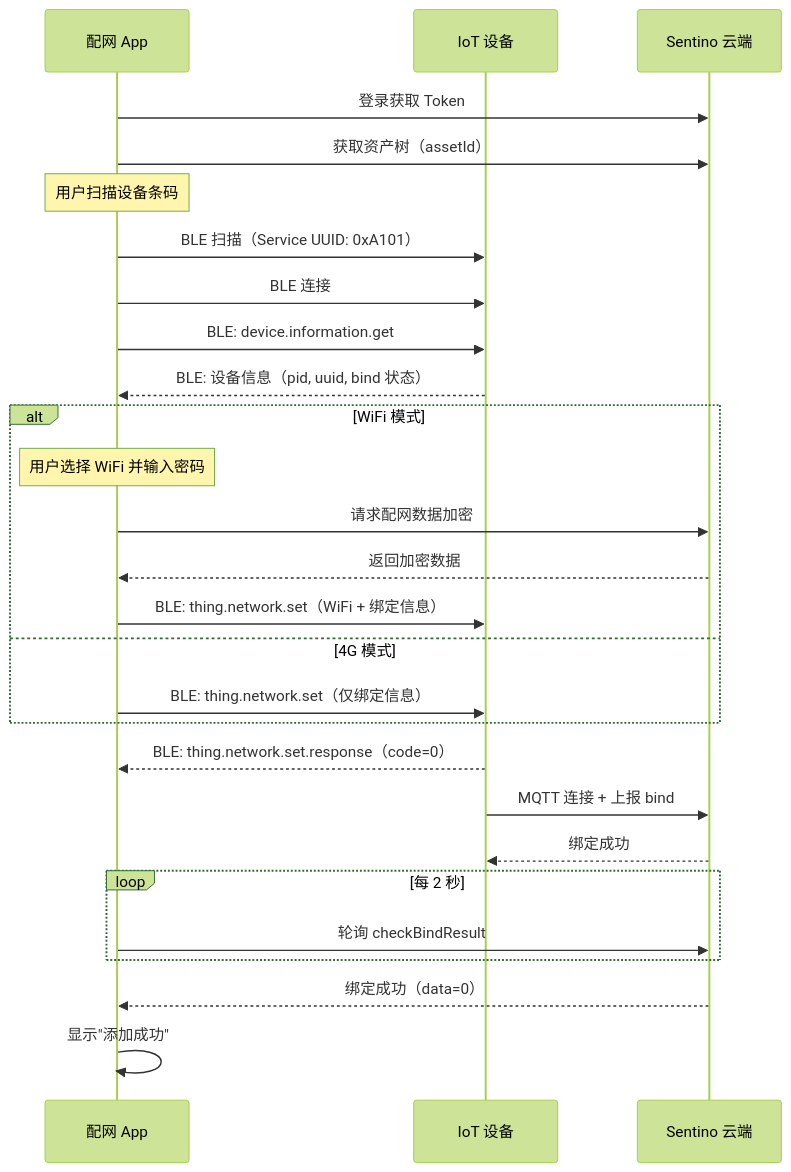
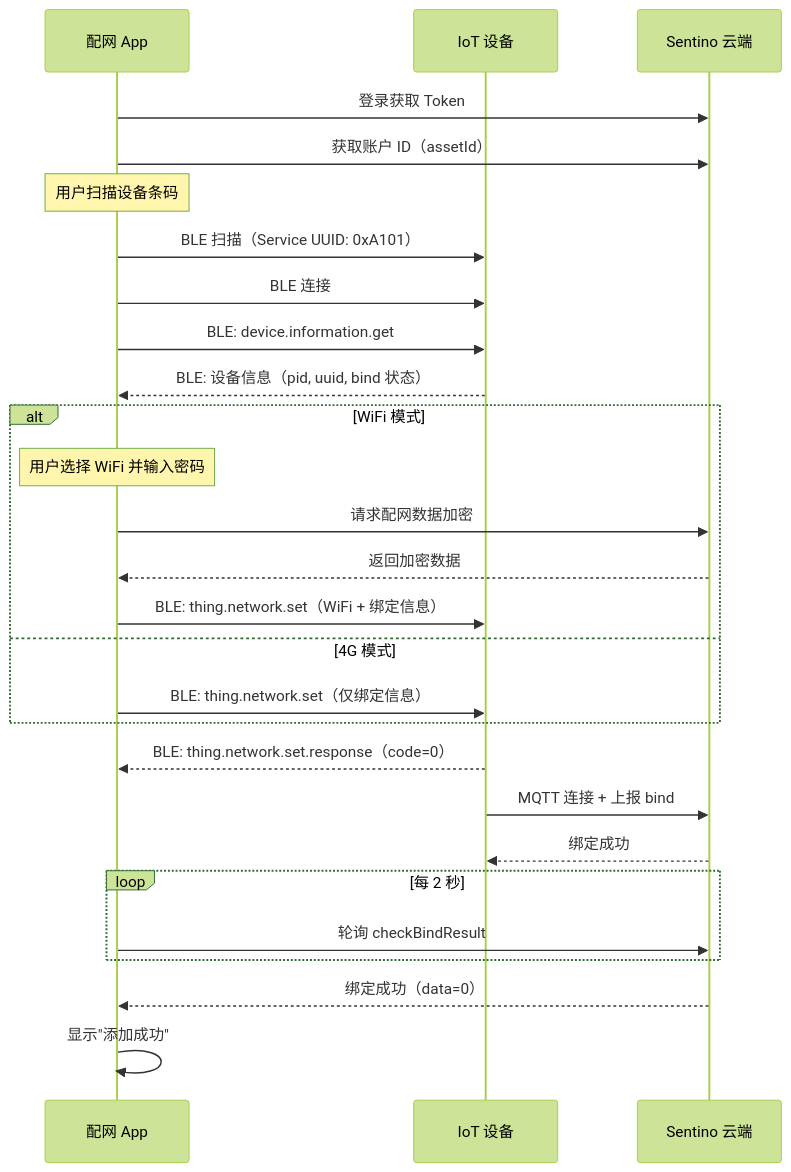
One commit to sentino-jp/iot-docs changed the third of 4 diagrams in guide-app.md. Above: the diagram before and after it, drawn with Mermaid (forest theme). The commit also changed other lines of this file and 9 other files, not shown here.

````diff
--- a/guide-app.md
+++ b/guide-app.md
@@ -315,35 +315,35 @@
 ```mermaid
 sequenceDiagram
     participant App as 配网 App
     participant Device as IoT 设备
     participant Cloud as Sentino 云端
 
     App->>Cloud: 登录获取 Token
-    App->>Cloud: 获取资产树（assetId）
+    App->>Cloud: 获取账户 ID（assetId）
     Note over App: 用户扫描设备条码
 
     App->>Device: BLE 扫描（Service UUID: 0xA101）
     App->>Device: BLE 连接
     App->>Device: BLE: device.information.get
     Device-->>App: BLE: 设备信息（pid, uuid, bind 状态）
 
     alt WiFi 模式
         Note over App: 用户选择 WiFi 并输入密码
         App->>Cloud: 请求配网数据加密
         Cloud-->>App: 返回加密数据
         App->>Device: BLE: thing.network.set（WiFi + 绑定信息）
     else 4G 模式
         App->>Device: BLE: thing.network.set（仅绑定信息）
     end
 
     Device-->>App: BLE: thing.network.set.response（code=0）
 
     Device->>Cloud: MQTT 连接 + 上报 bind
     Cloud-->>Device: 绑定成功
 
     loop 每 2 秒
         App->>Cloud: 轮询 checkBindResult
     end
     Cloud-->>App: 绑定成功（data=0）
     App->>App: 显示"添加成功"
 ```
````
